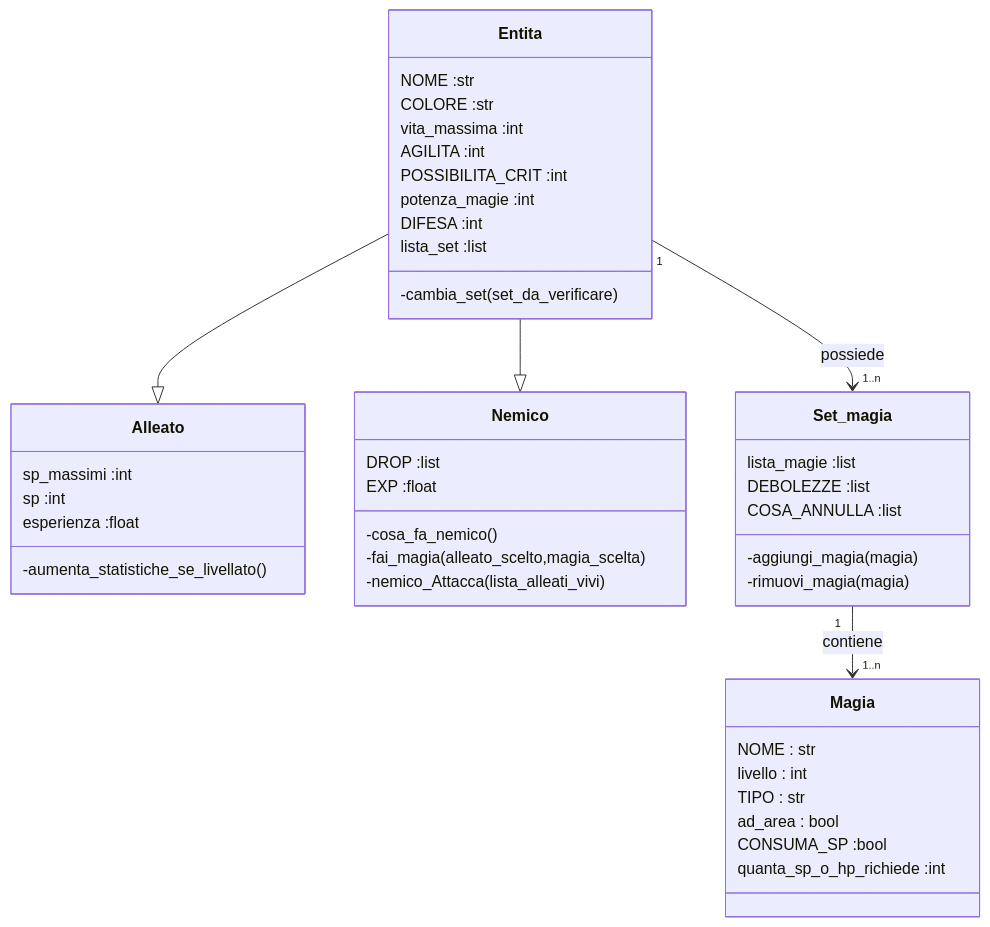
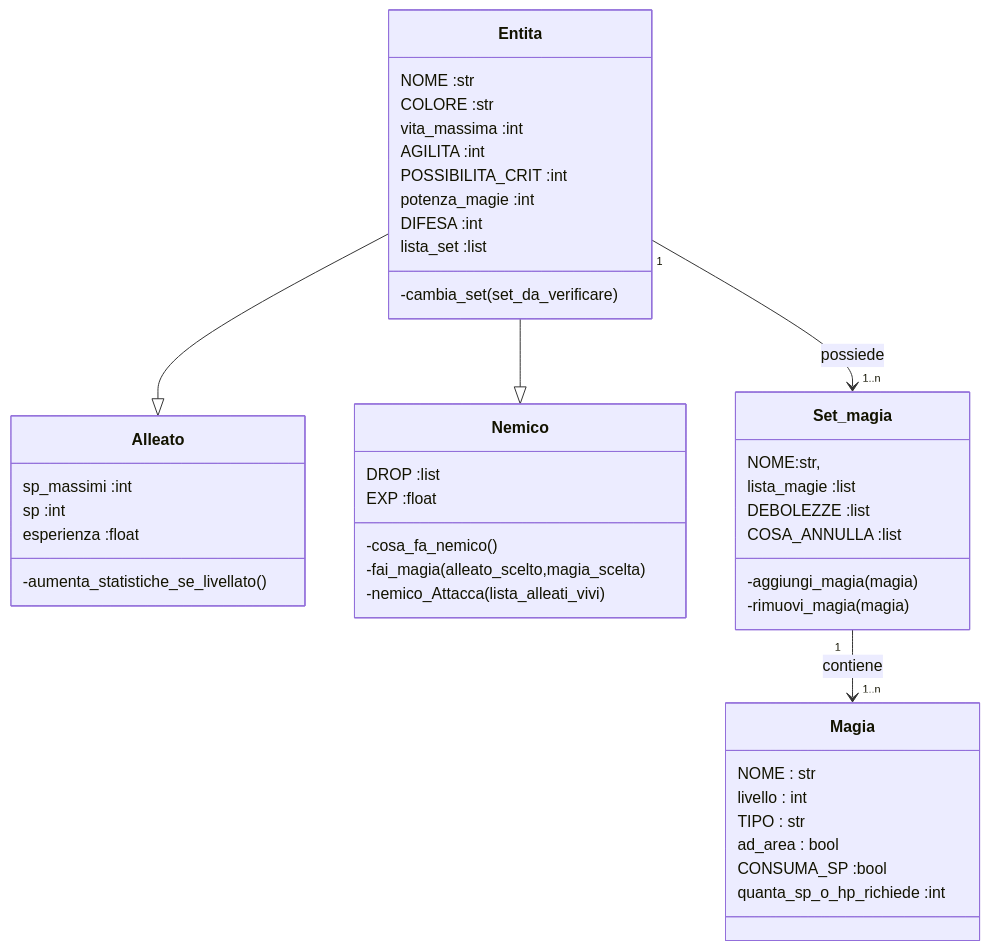
Before and after one commit to MarcoArlotti/A_simple_JRPG_on_the_CMD_RE-COMMITTED: the diagram in uml/game_logic.md, drawn with Mermaid. The commit also changed 2 other files, not shown here.

Commit message:
added the ability to change set

````diff
--- a/uml/game_logic.md
+++ b/uml/game_logic.md
@@ -1,52 +1,53 @@
 ```mermaid
 classDiagram
 Entita --|> Alleato
 Entita --|> Nemico
 Entita "1"--> "1..n" Set_magia :possiede
 Set_magia "1" --> "1..n" Magia :contiene
 
 class Entita {
     NOME :str
     COLORE :str
     vita_massima :int
     AGILITA :int
     POSSIBILITA_CRIT :int
     potenza_magie :int
     DIFESA :int
     lista_set :list
     -cambia_set(set_da_verificare)
 }
 
 class Alleato {
     sp_massimi :int
     sp :int
     esperienza :float
     -aumenta_statistiche_se_livellato()
 }
 
 class Nemico{
     DROP :list
     EXP :float
     -cosa_fa_nemico()
     -fai_magia(alleato_scelto,magia_scelta)
     -nemico_Attacca(lista_alleati_vivi)
 }
 
 class Set_magia {
+    NOME:str,
     lista_magie :list
     DEBOLEZZE :list
     COSA_ANNULLA :list
     -aggiungi_magia(magia)
     -rimuovi_magia(magia)
 }
 
 class Magia {
     NOME : str
     livello : int
     TIPO : str
     ad_area : bool
     CONSUMA_SP :bool
     quanta_sp_o_hp_richiede :int
     
 }
 ```
````
